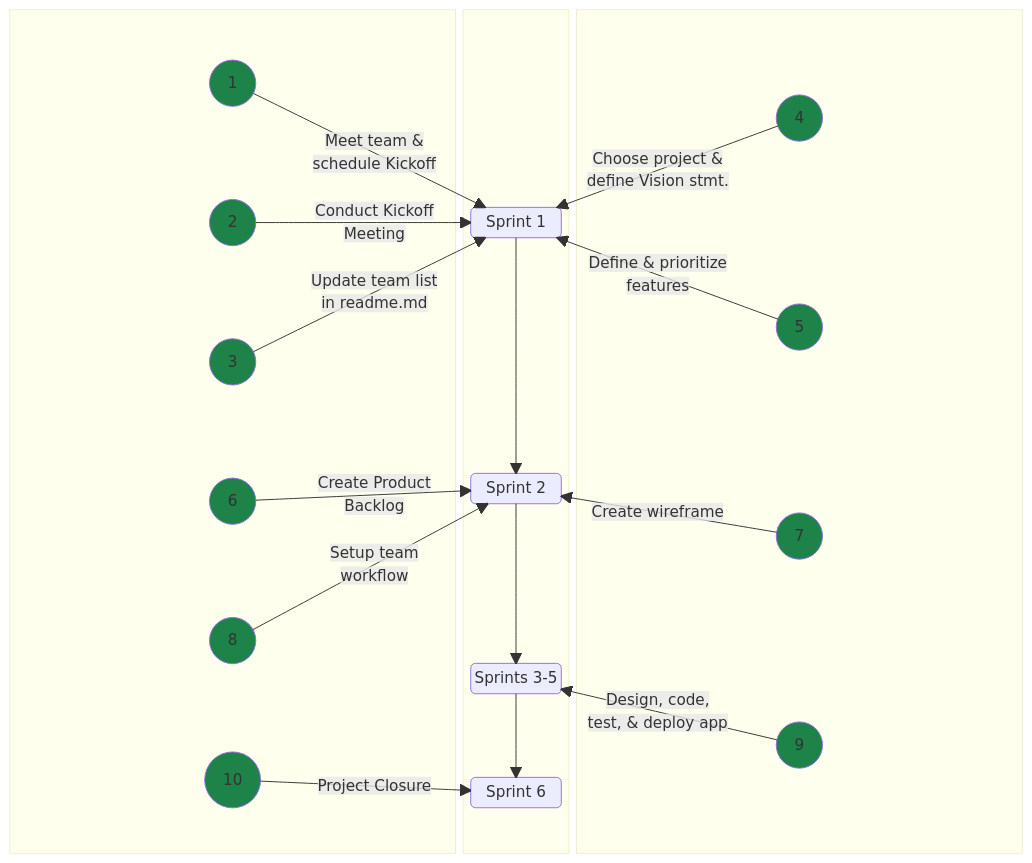
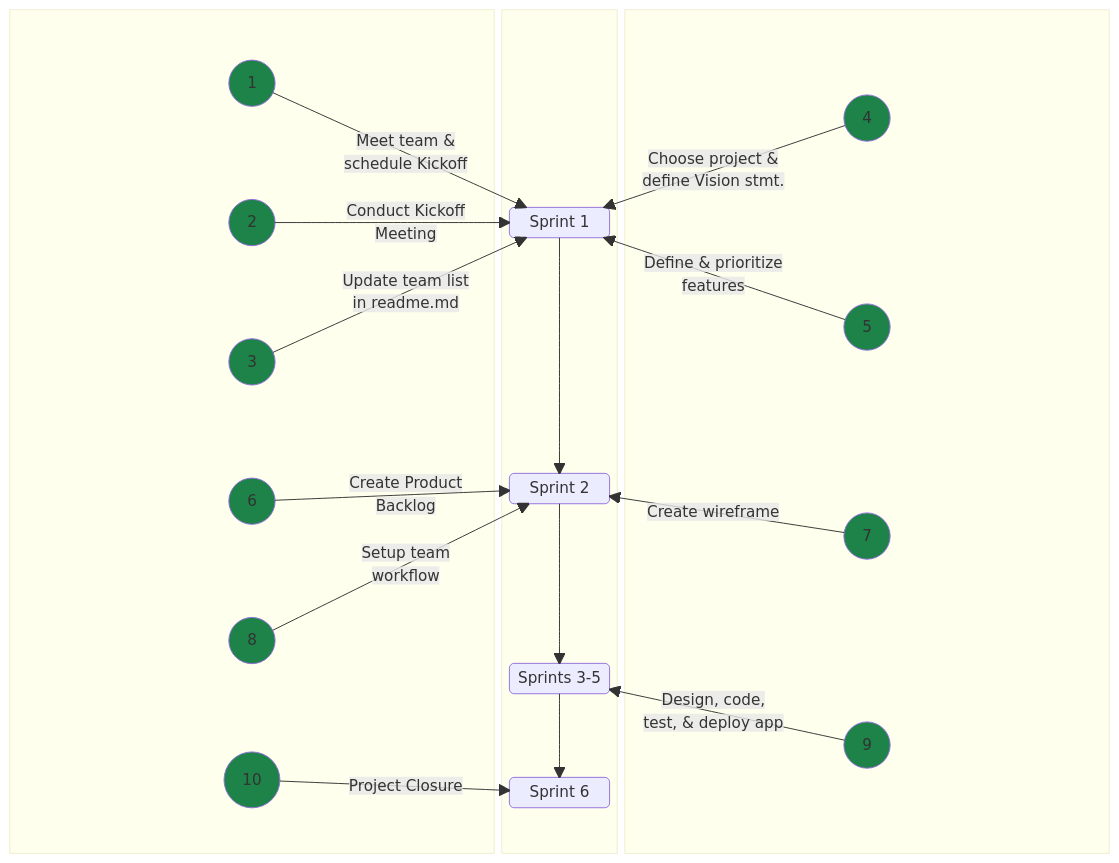
Before and after one commit to jdmedlock/mermaid_testing: the diagram in README.md, drawn with Mermaid.

Commit message:
Feature: Recreate linear sprint diagram

````diff
--- a/README.md
+++ b/README.md
@@ -4,74 +4,74 @@
 ```mermaid
   block-beta
     columns 9
     block:LEFT:4
       columns 1
       A1(("&nbsp;&nbsp; 1 &nbsp;&nbsp;"))
       A2(("&nbsp;&nbsp; 2 &nbsp;&nbsp;"))
       A3(("&nbsp;&nbsp; 3 &nbsp;&nbsp;"))
       A6(("&nbsp;&nbsp; 6 &nbsp;&nbsp;"))
       A8(("&nbsp;&nbsp; 8 &nbsp;&nbsp;"))
       A10(("&nbsp;&nbsp; 10 &nbsp;&nbsp;"))
     end
     
     block:CENTER:1
       columns 1
       space
       space
       space
       space
       space
-      SPRINT1("Sprint 1")
+      SPRINT1("&nbsp;Sprint 1&nbsp;")
       space
       space
       space
       space
       space
       space
-      SPRINT2("Sprint 2")
+      SPRINT2("&nbsp;Sprint 2&nbsp;")
       space
       space
       space
       space
-      SPRINT35("Sprints 3-5")
+      SPRINT35("&nbsp;Sprints 3-5&nbsp;")
       space
       space
-      SPRINT6("Sprint 6")
+      SPRINT6("&nbsp;Sprint 6&nbsp;")
       space
     end
     
     block:RIGHT:4
       columns 1
       A4(("&nbsp;&nbsp; 4 &nbsp;&nbsp;"))
       A5(("&nbsp;&nbsp; 5 &nbsp;&nbsp;"))
       A7(("&nbsp;&nbsp; 7 &nbsp;&nbsp;"))
       A9(("&nbsp;&nbsp; 9 &nbsp;&nbsp;"))
     end
 
     SPRINT1 --> SPRINT2
     SPRINT2 --> SPRINT35
     SPRINT35 --> SPRINT6
 
     A1 -- "Meet team &</br>schedule Kickoff" --> SPRINT1
     A2 -- "Conduct Kickoff</br>Meeting" --> SPRINT1
     A3 -- "Update team list</br>in readme.md" --> SPRINT1
     A4 -- "Choose project &</br>define Vision stmt." --> SPRINT1
     A5 -- "Define & prioritize</br>features" --> SPRINT1
     A6 -- "Create Product</br>Backlog" --> SPRINT2
     A7 -- "Create wireframe" --> SPRINT2
     A8 -- "Setup team</br>workflow" --> SPRINT2
     A9 -- "Design, code,</br>test, & deploy app" --> SPRINT35
     A10 -- "Project Closure" --> SPRINT6
 
     style A1 fill:#1d8348
     style A2 fill:#1d8348
     style A3 fill:#1d8348
     style A4 fill:#1d8348
     style A5 fill:#1d8348
     style A6 fill:#1d8348
     style A7 fill:#1d8348
     style A8 fill:#1d8348
     style A9 fill:#1d8348
     style A10 fill:#1d8348
 
 ```
````
